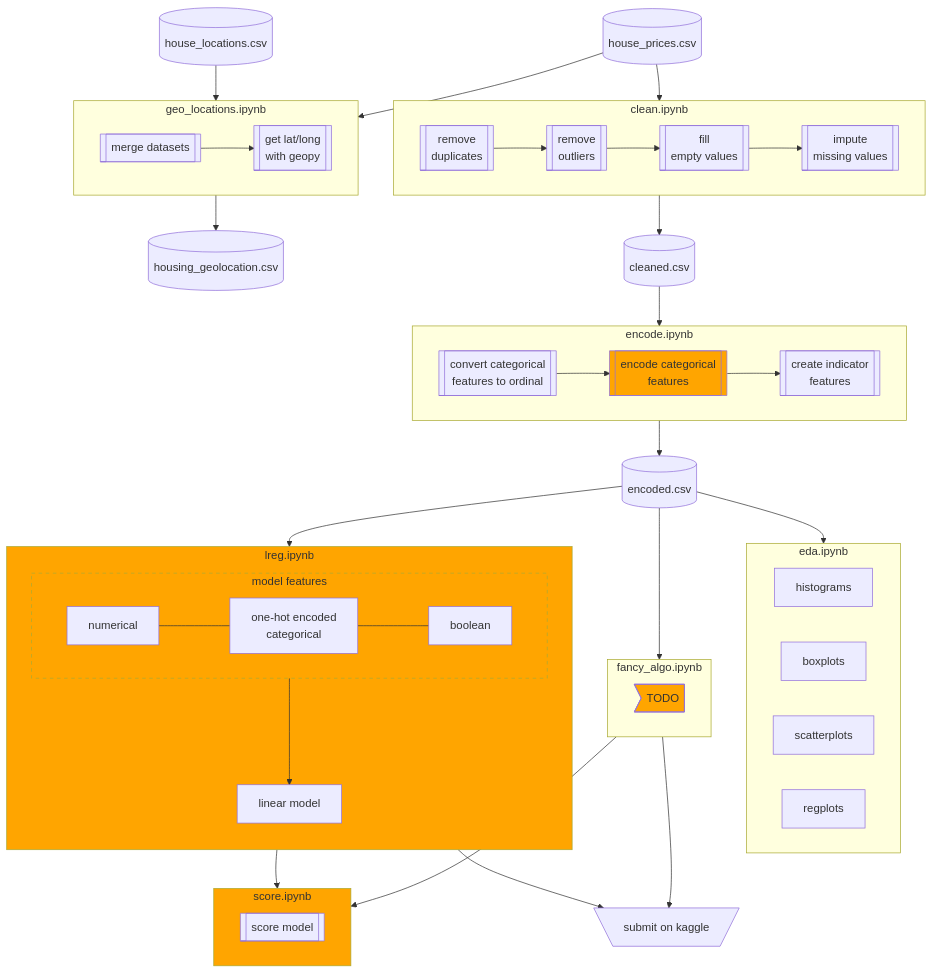
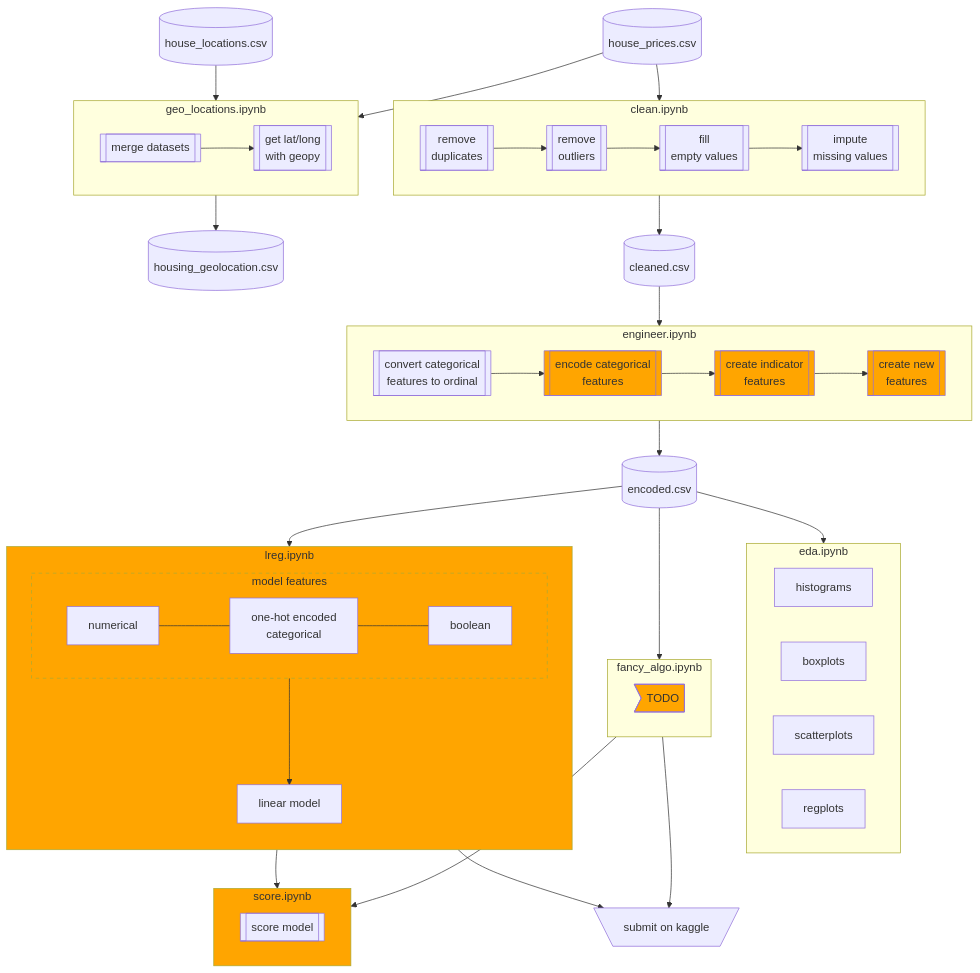
Before and after one commit to rishigoutam/ames-iowa: the diagram in project-management/process.md, drawn with Mermaid. The commit also changed 4 other files, not shown here.

Commit message:
encode-->engineer

````diff
--- a/project-management/process.md
+++ b/project-management/process.md
@@ -5,73 +5,76 @@
 ```mermaid
 flowchart TD
     d_r[(house_locations.csv)]-->geo
     d_h[(house_prices.csv)]-->geo
     
     subgraph geo [geo_locations.ipynb]
         direction LR
         merge[[merge datasets]]-->geopy
         geopy[[get lat/long\n with geopy]]
     end
     
     geo-->d_g[(housing_geolocation.csv)]
 
     d_h[(house_prices.csv)]-->clean
     
     subgraph clean [clean.ipynb]
         direction LR
         dupe[[remove \nduplicates]]-->outlier
         outlier[[remove \noutliers]]-->fillna
         fillna[[fill \nempty values]]-->impute
         impute[[impute \nmissing values]]
     end
     
     clean-->d_c[(cleaned.csv)]
     
-    subgraph encode [encode.ipynb]
+    subgraph encode [engineer.ipynb]
         direction LR
         ordinate[[convert categorical \nfeatures to ordinal]]-->cat
         cat[[encode categorical \nfeatures]]-->indicator
         style cat fill:orange
-        indicator[[create indicator \nfeatures]]
+        indicator[[create indicator \nfeatures]]-->new
+        style indicator fill:orange
+        new[[create new \nfeatures]]
+        style new fill:orange
     end
     
     d_c-->encode-->d_e[(encoded.csv)]
     
     subgraph eda [eda.ipynb]
         direction LR
         histograms
         boxplots
         scatterplots
         regplots
     end
     
     subgraph lin_regression [lreg.ipynb]
         direction TB
         style lin_regression fill:orange
         subgraph lin_features [model features]
             direction LR
             style lin_features fill:orange
             style lin_features stroke-dasharray: 5 5
             numerical---cat_encoded[one-hot encoded\ncategorical]---boolean
         end
         lin_features--->linear_model[linear model]
     end
     
     subgraph algo [fancy_algo.ipynb]
         direction LR
         TODO>TODO]
         style TODO fill:orange
     end
     
     subgraph score [score.ipynb]
         style score fill:orange
         score_model[[score model]]
     end
     
     d_e-->eda
     d_e-->lin_regression
     d_e-->algo
     
     lin_regression & algo-->score
     lin_regression & algo-->kaggle[\submit on kaggle/]
 ```
````
